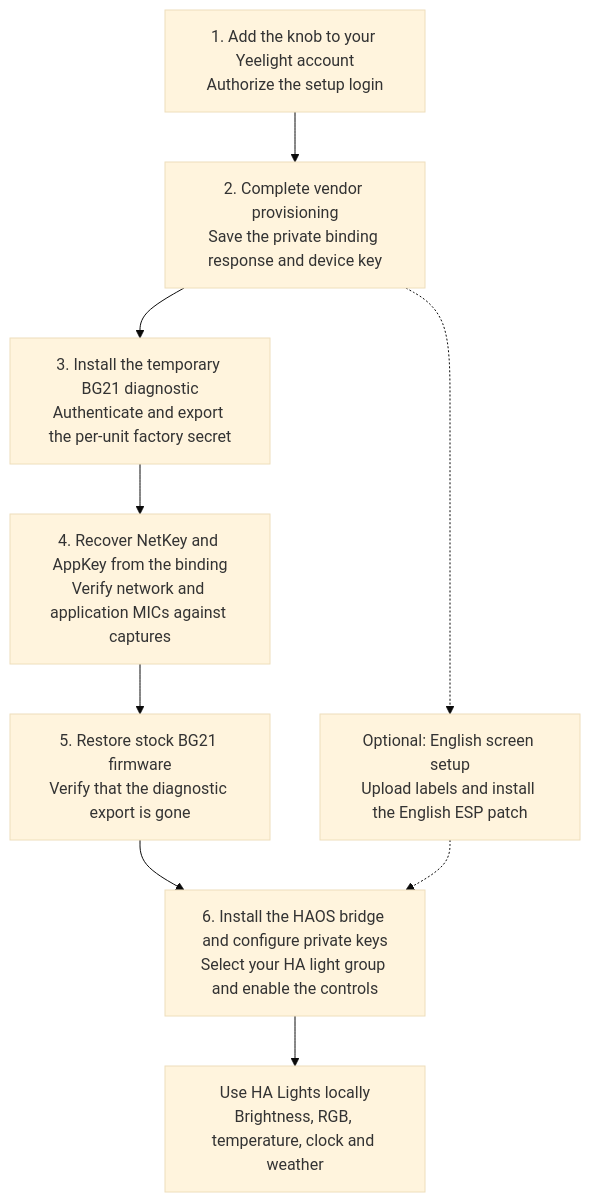
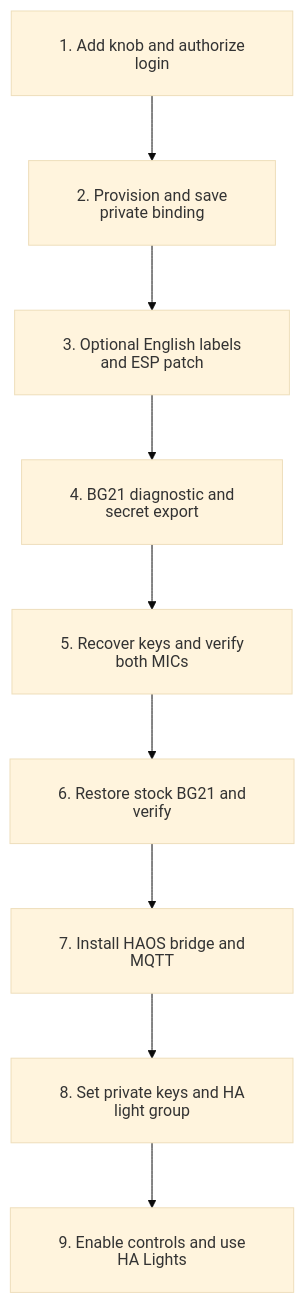
One commit to wispdevon/YeePort changed the third of 3 diagrams in README.md. Above: the diagram before and after it, drawn with Mermaid (base theme). The commit also changed other lines of this file, not shown here.

Commit message:
Fix Mermaid label spacing and add numbered knob and setup flows

````diff
--- a/README.md
+++ b/README.md
@@ -79,20 +108,23 @@
 ```mermaid
+---
+config:
+  htmlLabels: false
+  flowchart:
+    padding: 24
+    nodeSpacing: 55
+    rankSpacing: 65
+---
 flowchart TD
-    account["1. Add the knob to your Yeelight account<br/>Authorize the setup login"]
-    provision["2. Complete vendor provisioning<br/>Save the private binding response and device key"]
-    english["Optional: English screen setup<br/>Upload labels and install the English ESP patch"]
-    diagnostic["3. Install the temporary BG21 diagnostic<br/>Authenticate and export the per-unit factory secret"]
-    keys["4. Recover NetKey and AppKey from the binding<br/>Verify network and application MICs against captures"]
-    restore["5. Restore stock BG21 firmware<br/>Verify that the diagnostic export is gone"]
-    install["6. Install the HAOS bridge and configure private keys<br/>Select your HA light group and enable the controls"]
-    use["Use HA Lights locally<br/>Brightness, RGB, temperature, clock and weather"]
+    account["1. Add knob and authorize login"]
+    provision["2. Provision and save private binding"]
+    english["3. Optional English labels and ESP patch"]
+    diagnostic["4. BG21 diagnostic and secret export"]
+    keys["5. Recover keys and verify both MICs"]
+    restore["6. Restore stock BG21 and verify"]
+    install["7. Install HAOS bridge and MQTT"]
+    configure["8. Set private keys and HA light group"]
+    enable["9. Enable controls and use HA Lights"]
 
-    account --> provision
-    provision --> diagnostic
-    provision -.-> english
-    diagnostic --> keys
-    keys --> restore
-    restore --> install
-    english -.-> install
-    install --> use
+    account --> provision --> english --> diagnostic --> keys
+    keys --> restore --> install --> configure --> enable
 ```
````
